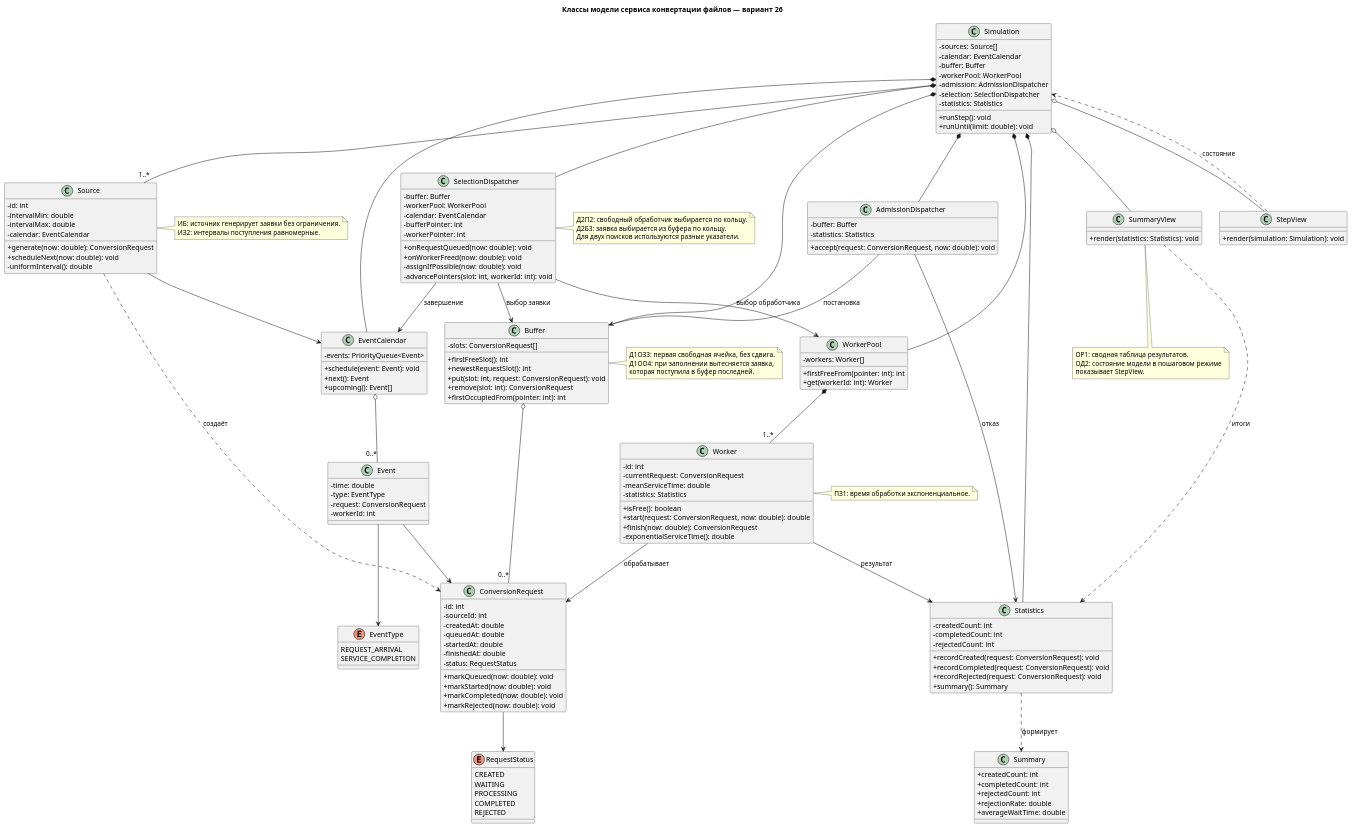
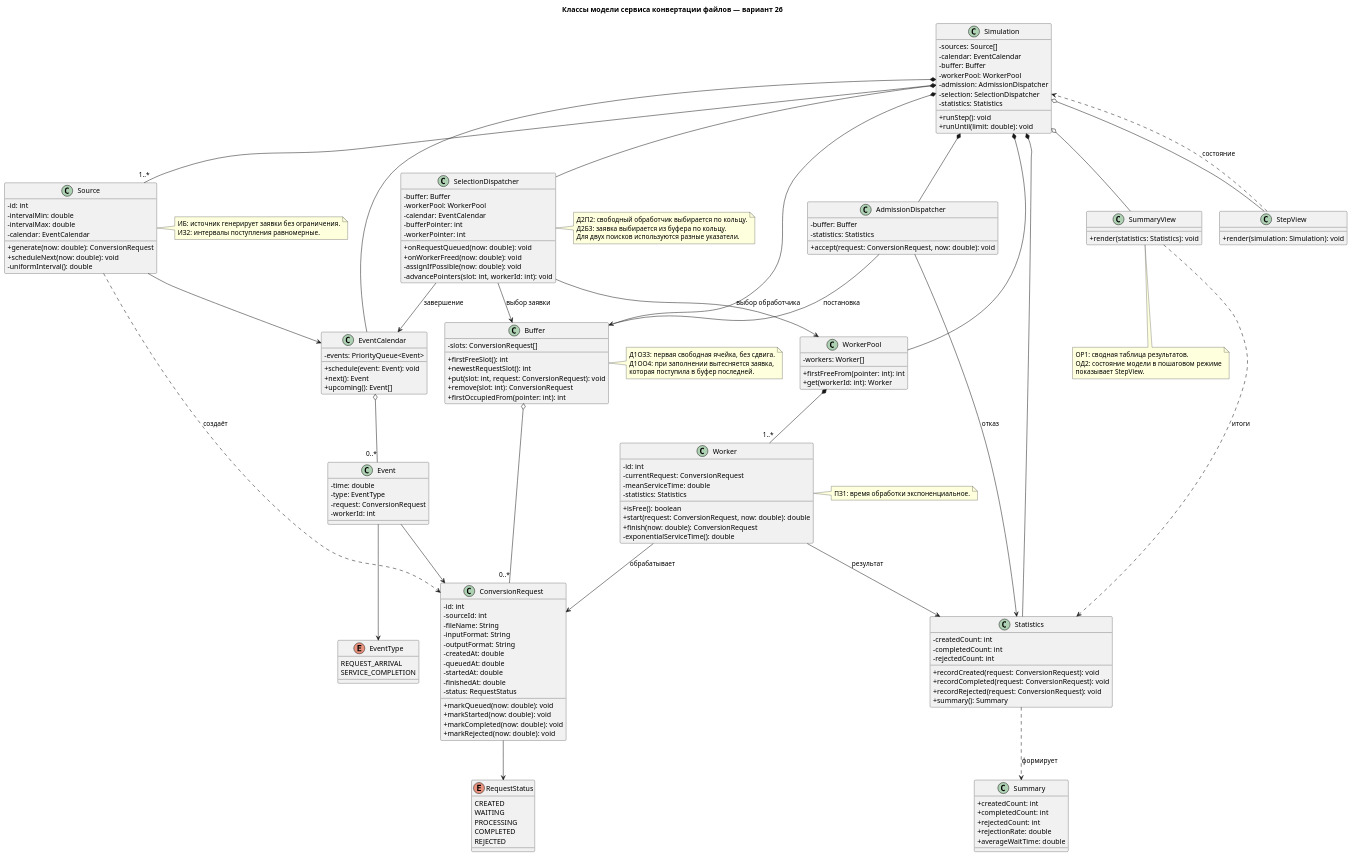
One commit to weensaw/file_conversion_26 changed the diagram in diagrams/file-conversion-class-diagram.puml. Above: the diagram before and after it, drawn with PlantUML. The commit also changed 1 other file, not shown here.

```diff
--- a/diagrams/file-conversion-class-diagram.puml
+++ b/diagrams/file-conversion-class-diagram.puml
@@ -1,194 +1,197 @@
 @startuml file_conversion_classes
 title Классы модели сервиса конвертации файлов — вариант 26
 skinparam classAttributeIconSize 0
 
 class Simulation {
   -sources: Source[]
   -calendar: EventCalendar
   -buffer: Buffer
   -workerPool: WorkerPool
   -admission: AdmissionDispatcher
   -selection: SelectionDispatcher
   -statistics: Statistics
   +runStep(): void
   +runUntil(limit: double): void
 }
 
 class Source {
   -id: int
   -intervalMin: double
   -intervalMax: double
   -calendar: EventCalendar
   +generate(now: double): ConversionRequest
   +scheduleNext(now: double): void
   -uniformInterval(): double
 }
 
 class ConversionRequest {
   -id: int
   -sourceId: int
+  -fileName: String
+  -inputFormat: String
+  -outputFormat: String
   -createdAt: double
   -queuedAt: double
   -startedAt: double
   -finishedAt: double
   -status: RequestStatus
   +markQueued(now: double): void
   +markStarted(now: double): void
   +markCompleted(now: double): void
   +markRejected(now: double): void
 }
 
 enum RequestStatus {
   CREATED
   WAITING
   PROCESSING
   COMPLETED
   REJECTED
 }
 
 class EventCalendar {
   -events: PriorityQueue<Event>
   +schedule(event: Event): void
   +next(): Event
   +upcoming(): Event[]
 }
 
 class Event {
   -time: double
   -type: EventType
   -request: ConversionRequest
   -workerId: int
 }
 
 enum EventType {
   REQUEST_ARRIVAL
   SERVICE_COMPLETION
 }
 
 class Buffer {
   -slots: ConversionRequest[]
   +firstFreeSlot(): int
   +newestRequestSlot(): int
   +put(slot: int, request: ConversionRequest): void
   +remove(slot: int): ConversionRequest
   +firstOccupiedFrom(pointer: int): int
 }
 
 class AdmissionDispatcher {
   -buffer: Buffer
   -statistics: Statistics
   +accept(request: ConversionRequest, now: double): void
 }
 
 class SelectionDispatcher {
   -buffer: Buffer
   -workerPool: WorkerPool
   -calendar: EventCalendar
   -bufferPointer: int
   -workerPointer: int
   +onRequestQueued(now: double): void
   +onWorkerFreed(now: double): void
   -assignIfPossible(now: double): void
   -advancePointers(slot: int, workerId: int): void
 }
 
 class WorkerPool {
   -workers: Worker[]
   +firstFreeFrom(pointer: int): int
   +get(workerId: int): Worker
 }
 
 class Worker {
   -id: int
   -currentRequest: ConversionRequest
   -meanServiceTime: double
   -statistics: Statistics
   +isFree(): boolean
   +start(request: ConversionRequest, now: double): double
   +finish(now: double): ConversionRequest
   -exponentialServiceTime(): double
 }
 
 class Statistics {
   -createdCount: int
   -completedCount: int
   -rejectedCount: int
   +recordCreated(request: ConversionRequest): void
   +recordCompleted(request: ConversionRequest): void
   +recordRejected(request: ConversionRequest): void
   +summary(): Summary
 }
 
 class Summary {
   +createdCount: int
   +completedCount: int
   +rejectedCount: int
   +rejectionRate: double
   +averageWaitTime: double
 }
 
 class StepView {
   +render(simulation: Simulation): void
 }
 
 class SummaryView {
   +render(statistics: Statistics): void
 }
 
 Simulation *-- EventCalendar
 Simulation *-- Buffer
 Simulation *-- WorkerPool
 Simulation *-- AdmissionDispatcher
 Simulation *-- SelectionDispatcher
 Simulation *-- Statistics
 Simulation o-- "1..*" Source
 Simulation o-- StepView
 Simulation o-- SummaryView
 
 Source --> EventCalendar
 Source ..> ConversionRequest : создаёт
 EventCalendar o-- "0..*" Event
 Event --> ConversionRequest
 Event --> EventType
 
 ConversionRequest --> RequestStatus
 AdmissionDispatcher --> Buffer : постановка
 AdmissionDispatcher --> Statistics : отказ
 SelectionDispatcher --> Buffer : выбор заявки
 SelectionDispatcher --> WorkerPool : выбор обработчика
 SelectionDispatcher --> EventCalendar : завершение
 Buffer o-- "0..*" ConversionRequest
 WorkerPool *-- "1..*" Worker
 Worker --> ConversionRequest : обрабатывает
 Worker --> Statistics : результат
 Statistics ..> Summary : формирует
 StepView ..> Simulation : состояние
 SummaryView ..> Statistics : итоги
 
 note right of Source
 ИБ: источник генерирует заявки без ограничения.
 ИЗ2: интервалы поступления равномерные.
 end note
 
 note right of Buffer
 Д1ОЗ3: первая свободная ячейка, без сдвига.
 Д1ОО4: при заполнении вытесняется заявка,
 которая поступила в буфер последней.
 end note
 
 note right of SelectionDispatcher
 Д2П2: свободный обработчик выбирается по кольцу.
 Д2Б3: заявка выбирается из буфера по кольцу.
 Для двух поисков используются разные указатели.
 end note
 
 note right of Worker
 ПЗ1: время обработки экспоненциальное.
 end note
 
 note bottom of SummaryView
 ОР1: сводная таблица результатов.
 ОД2: состояние модели в пошаговом режиме
 показывает StepView.
 end note
 @enduml
```
